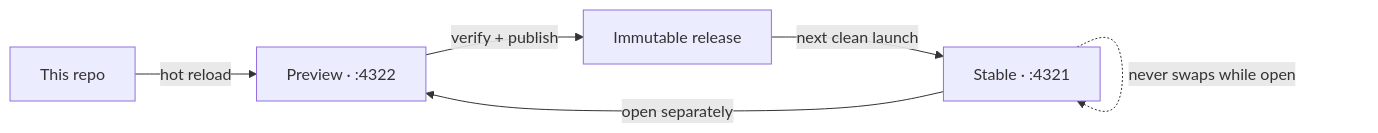
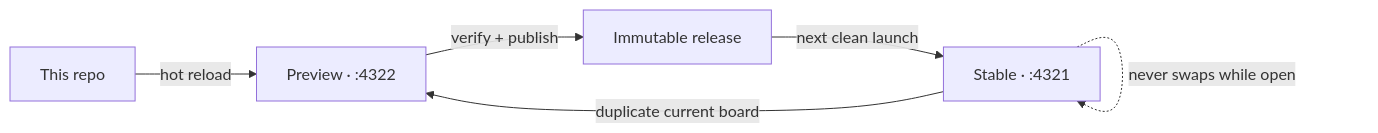
One commit to zacharyyamaoka/systemsketch changed the diagram in README.md. Above: the diagram before and after it, drawn with Mermaid. The commit also changed other lines of this file and 195 other files, not shown here.

````diff
--- a/README.md
+++ b/README.md
@@ -17,8 +17,8 @@
 ```mermaid
 flowchart LR
   R["This repo"] -->|hot reload| P["Preview · :4322"]
   P -->|verify + publish| I["Immutable release"]
   I -->|next clean launch| S["Stable · :4321"]
-  S -->|open separately| P
+  S -->|duplicate current board| P
   S -. never swaps while open .-> S
 ```
````
